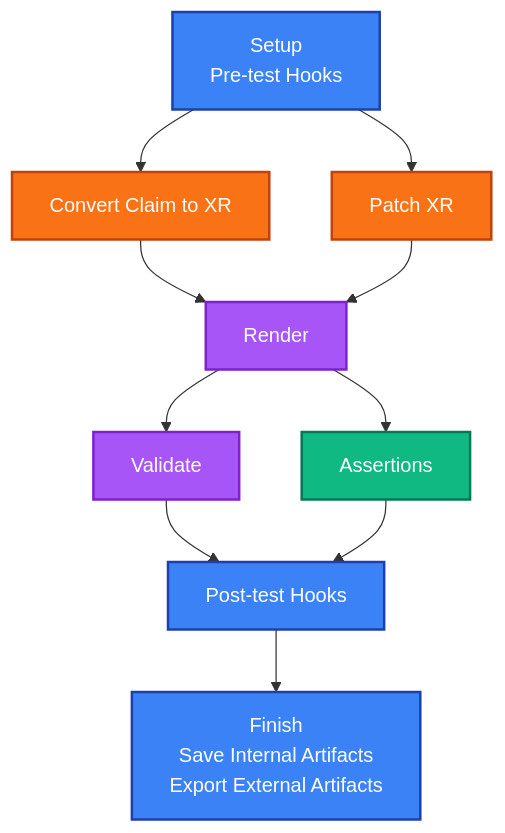
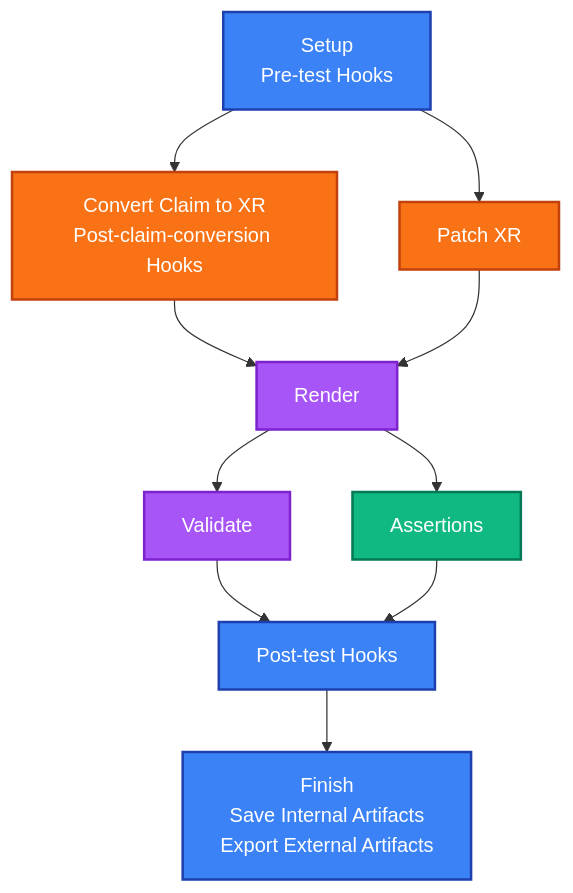
The first of 2 diagrams in docs/how-it-works.md (crossplane-contrib/xprin), drawn with Mermaid before and after one commit. The commit also changed other lines of this file and 25 other files, not shown here.

````diff
--- a/docs/how-it-works.md
+++ b/docs/how-it-works.md
@@ -23,21 +23,21 @@
 ```mermaid
 flowchart TD
-    A["Setup<br/>Pre-test Hooks"] --> B[Convert Claim to XR]
+    A["Setup<br/>Pre-test Hooks"] --> B["Convert Claim to XR<br/>Post-claim-conversion Hooks"]
     A --> C[Patch XR]
     B --> D[Render]
     C --> D
     D --> E[Validate]
     D --> F[Assertions]
     E --> G[Post-test Hooks]
     F --> G
     G --> H["Finish<br/>Save Internal Artifacts<br/>Export External Artifacts"]
 
     style A fill:#3b82f6,stroke:#1e40af,stroke-width:2px,color:#fff
     style B fill:#f97316,stroke:#c2410c,stroke-width:2px,color:#fff
     style C fill:#f97316,stroke:#c2410c,stroke-width:2px,color:#fff
     style D fill:#a855f7,stroke:#7e22ce,stroke-width:2px,color:#fff
     style E fill:#a855f7,stroke:#7e22ce,stroke-width:2px,color:#fff
     style F fill:#10b981,stroke:#047857,stroke-width:2px,color:#fff
     style G fill:#3b82f6,stroke:#1e40af,stroke-width:2px,color:#fff
     style H fill:#3b82f6,stroke:#1e40af,stroke-width:2px,color:#fff
 ```
````
